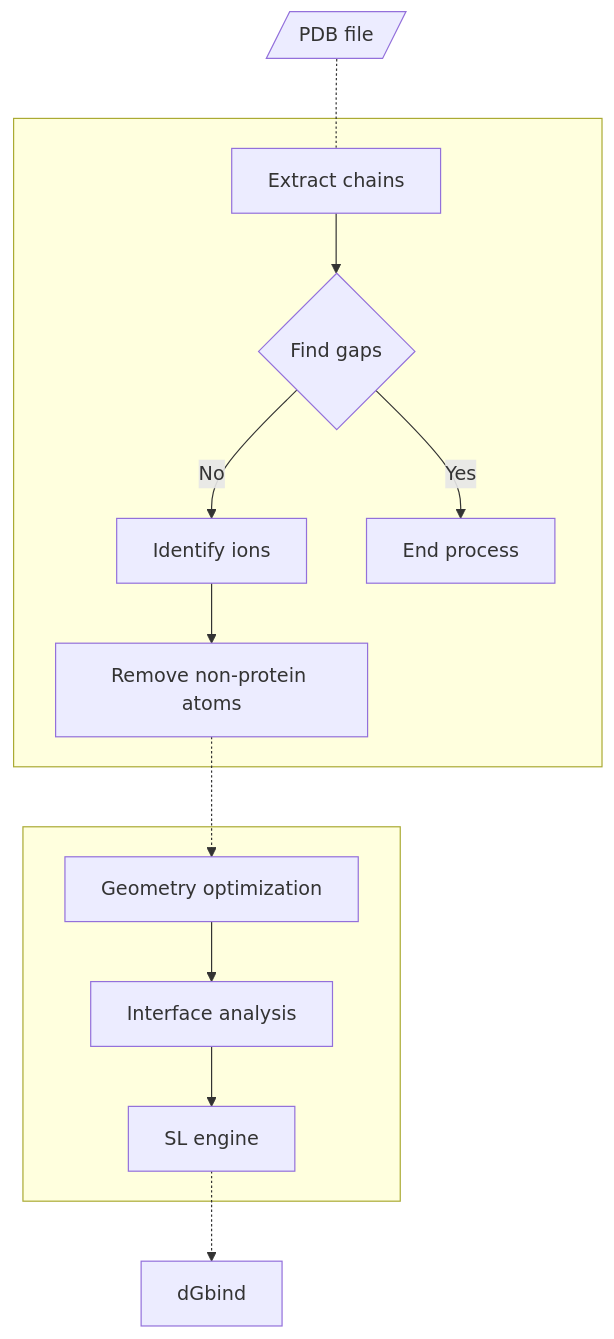
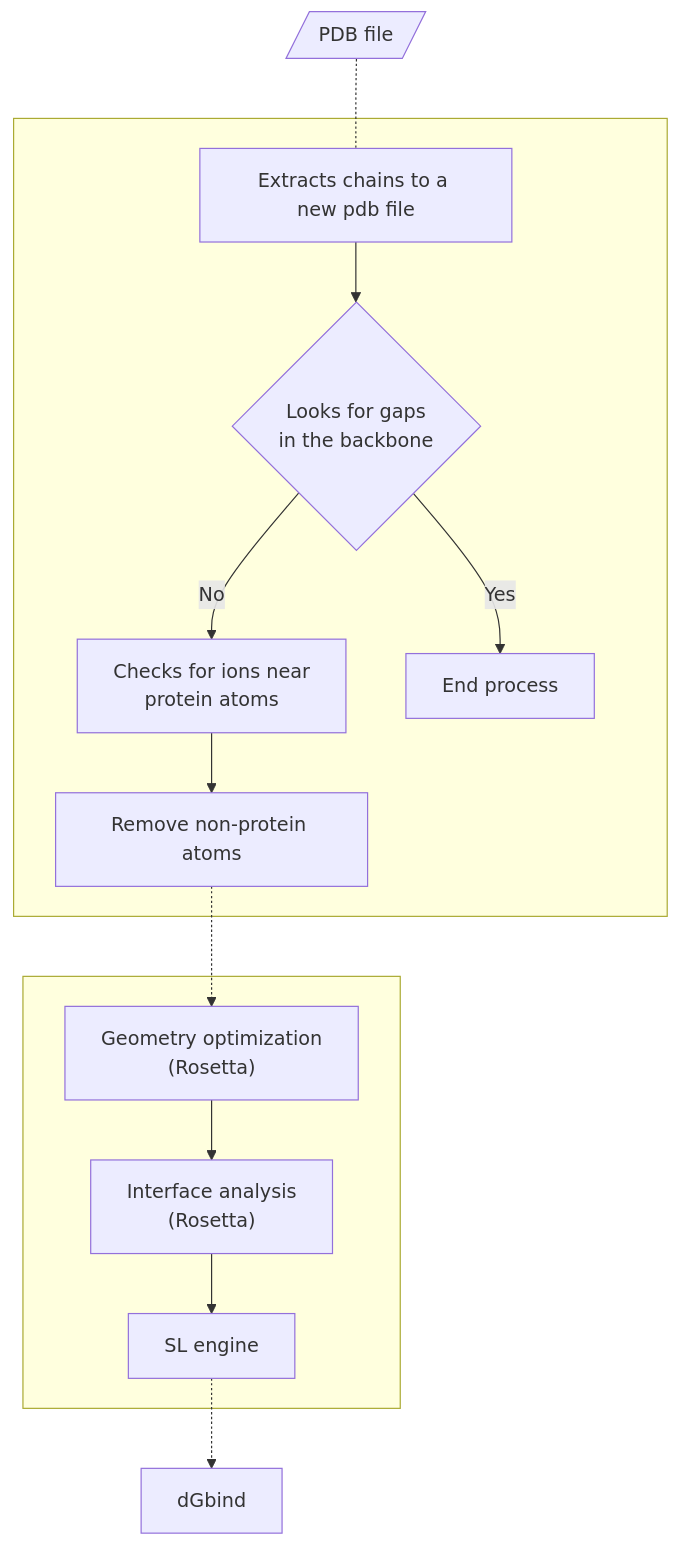
The diagram in README.md (eltonjfc/pbee), drawn with Mermaid before and after one commit. The commit also changed other lines of this file, not shown here.

````diff
--- a/README.md
+++ b/README.md
@@ -12,28 +12,28 @@
 ```mermaid
 flowchart TB
 	pdb[/PDB file/] 
-	step1[Extract chains] 
-	step2{Find gaps}
-	step3[Identify ions] 
+	step1[Extracts chains to a new pdb file] 
+	step2{Looks for gaps \n in the backbone}
+	step3[Checks for ions near \n protein atoms] 
 	step4[Remove non-protein atoms] 
-	step5[Geometry optimization] 
-	step6[Interface analysis] 
+	step5["Geometry optimization \n (Rosetta)"] 
+	step6["Interface analysis \n (Rosetta)"] 
 	step7[SL engine]
 	result[dGbind]
 	ends[End process]
 	
 	subgraph B[ ]
 	step5 --> step6 --> step7
 	end 
 	
 	subgraph A[ ]
 	step1 --> step2
 	step2 --> |Yes| ends
 	step2 --> |No| step3
 	step3 --> step4
 	end 
 	
 	pdb -.- step1
 	step4 -.-> step5
 	step7 -.-> result
 ``` 
````
